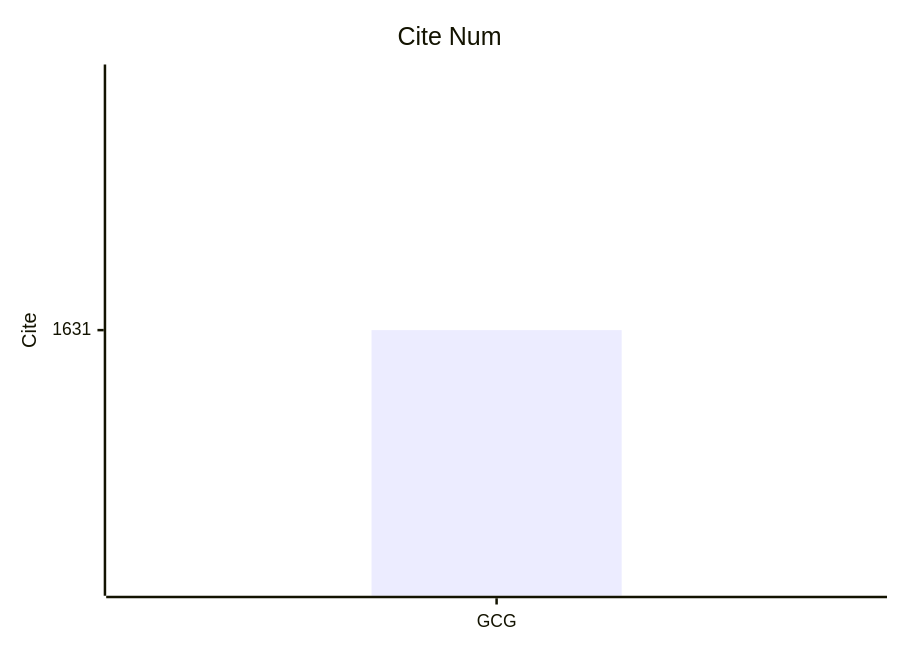
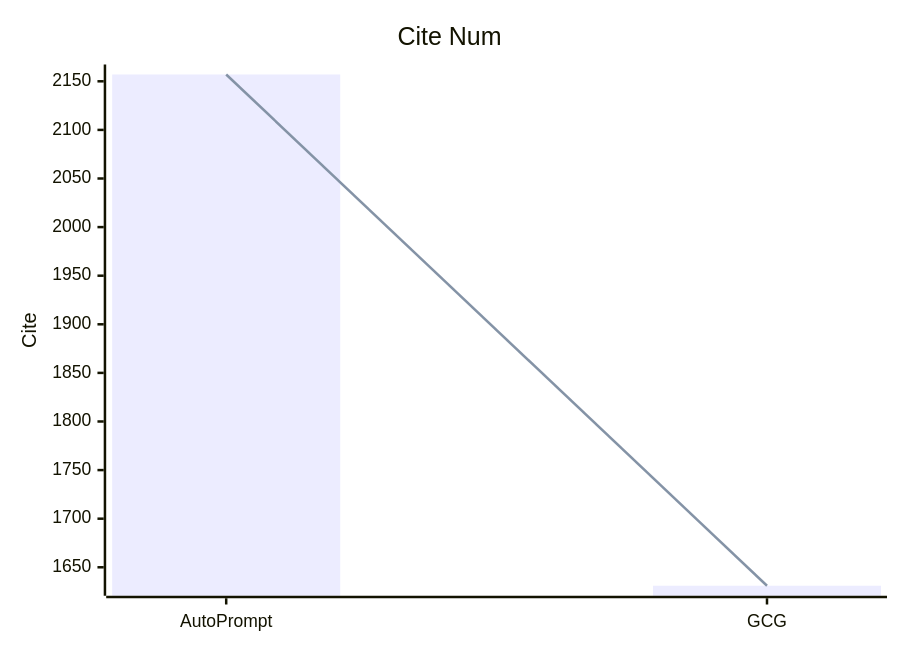
The fifth of 5 diagrams in Attack/Jailbreak/analyse.md (Elephant-King9/Paper), drawn with Mermaid before and after one commit. The commit also changed other lines of this file and 6 other files, not shown here.

````diff
--- a/Attack/Jailbreak/analyse.md
+++ b/Attack/Jailbreak/analyse.md
@@ -38,8 +48,8 @@
 ```mermaid
     xychart-beta
     title "Cite Num"
-    x-axis [GCG]
+    x-axis [AutoPrompt,GCG]
     y-axis "Cite" 
-    bar [1631]
-    line [1631]
+    bar [2157, 1631]
+    line [2157, 1631]
 ```
````
